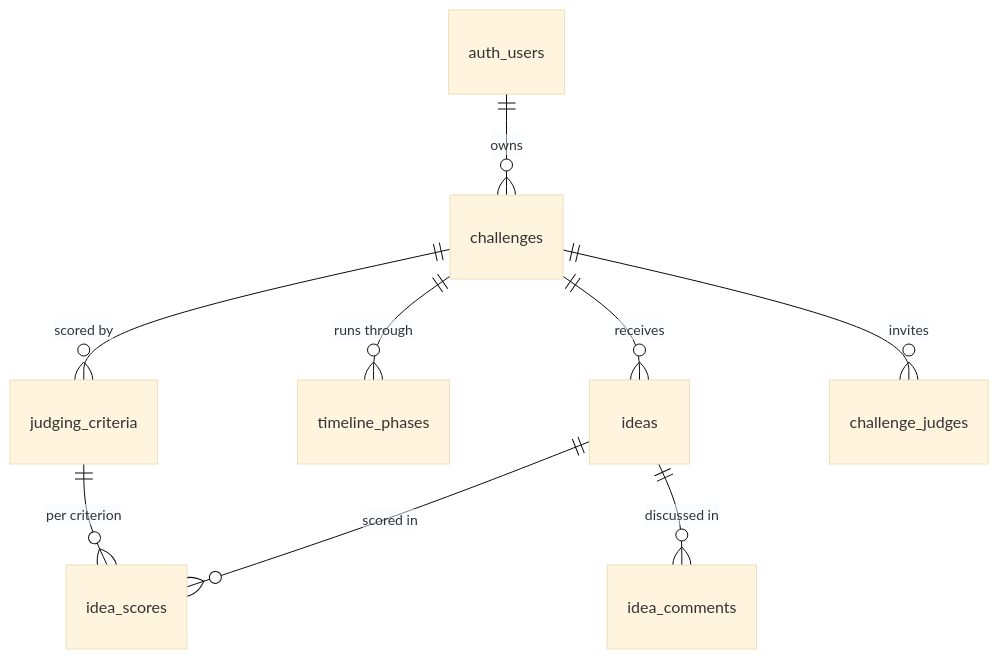
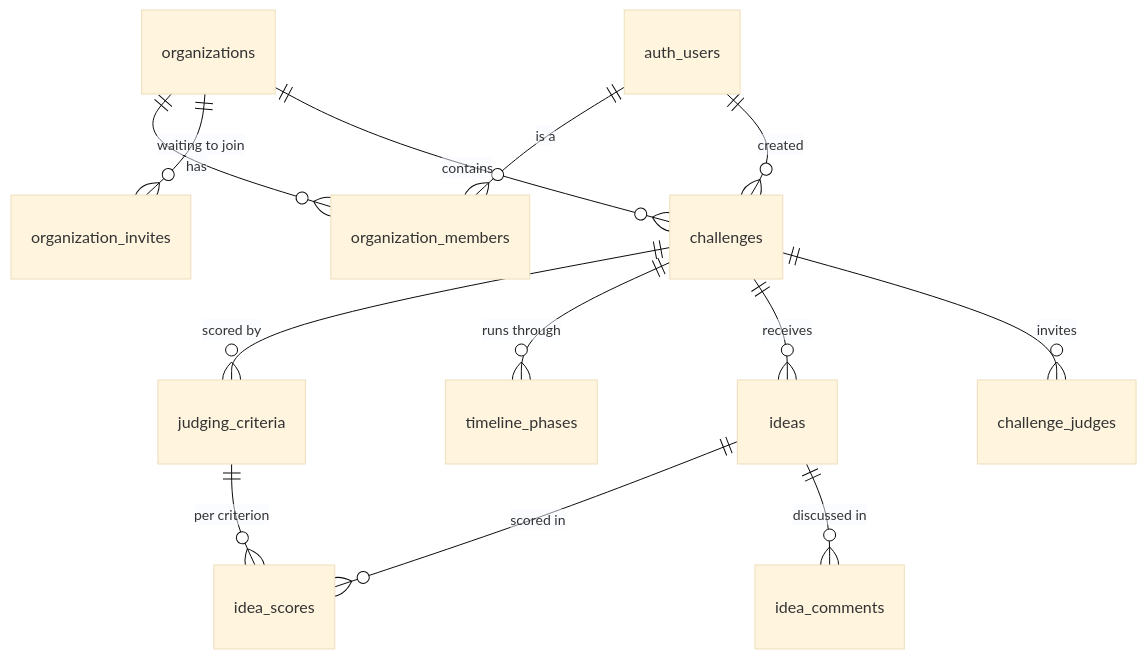
One commit to imtiazahd20/innovationflow-ai changed the diagram in docs/DATABASE_SCHEMA.md. Above: the diagram before and after it, drawn with Mermaid (base theme). The commit also changed other lines of this file and 3 other files, not shown here.

First line of the commit message:
Docs: Phase 3 workspaces, schema, permission matrix, changelog

````diff
--- a/docs/DATABASE_SCHEMA.md
+++ b/docs/DATABASE_SCHEMA.md
@@ -7,11 +7,15 @@
 ```mermaid
 erDiagram
-  auth_users ||--o{ challenges : owns
+  organizations ||--o{ organization_members : has
+  organizations ||--o{ organization_invites : "waiting to join"
+  organizations ||--o{ challenges : contains
+  auth_users ||--o{ organization_members : "is a"
+  auth_users ||--o{ challenges : created
   challenges ||--o{ judging_criteria : "scored by"
   challenges ||--o{ timeline_phases : "runs through"
   challenges ||--o{ ideas : receives
   challenges ||--o{ challenge_judges : invites
   ideas ||--o{ idea_scores : "scored in"
   judging_criteria ||--o{ idea_scores : "per criterion"
   ideas ||--o{ idea_comments : "discussed in"
 ```
````
